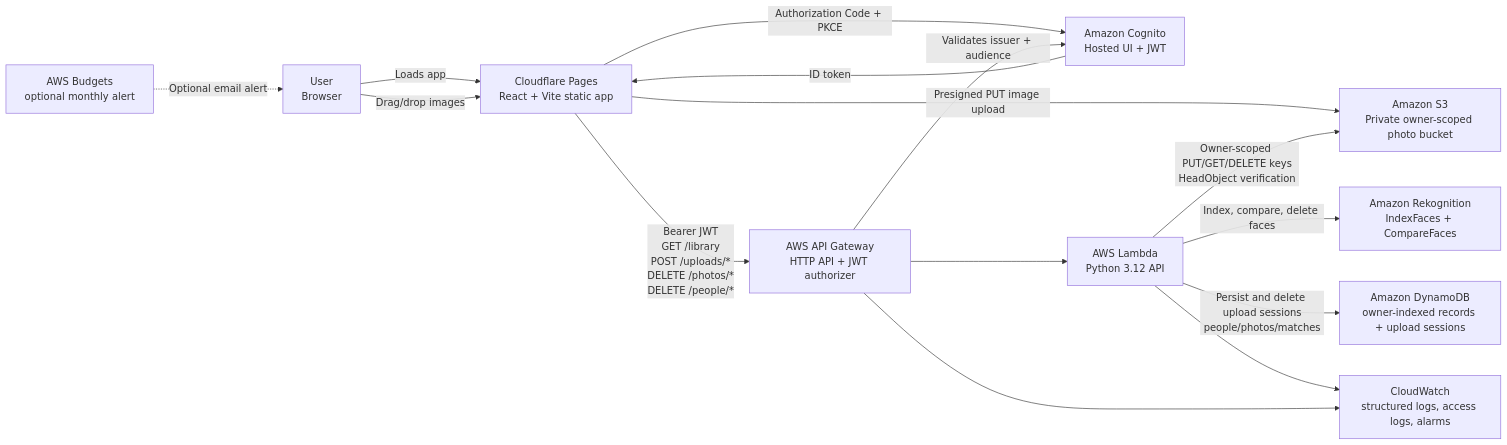
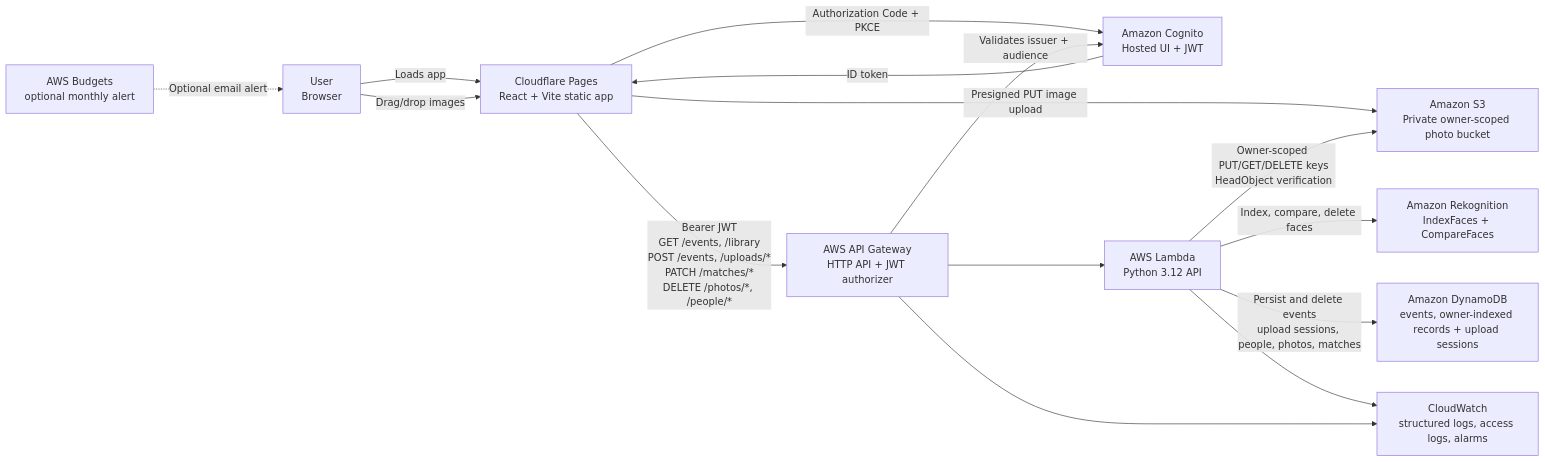
One commit to manynames3/faceid changed the diagram in docs/architecture.md. Above: the diagram before and after it, drawn with Mermaid. The commit also changed other lines of this file and 16 other files, not shown here.

````diff
--- a/docs/architecture.md
+++ b/docs/architecture.md
@@ -7,28 +7,28 @@
 ```mermaid
 flowchart LR
   user["User<br/>Browser"]
   pages["Cloudflare Pages<br/>React + Vite static app"]
   cognito["Amazon Cognito<br/>Hosted UI + JWT"]
   api["AWS API Gateway<br/>HTTP API + JWT authorizer"]
   lambda["AWS Lambda<br/>Python 3.12 API"]
   s3["Amazon S3<br/>Private owner-scoped photo bucket"]
   rekognition["Amazon Rekognition<br/>IndexFaces + CompareFaces"]
-  ddb["Amazon DynamoDB<br/>owner-indexed records + upload sessions"]
+  ddb["Amazon DynamoDB<br/>events, owner-indexed records + upload sessions"]
   logs["CloudWatch<br/>structured logs, access logs, alarms"]
   budget["AWS Budgets<br/>optional monthly alert"]
 
   user -->|"Loads app"| pages
   pages -->|"Authorization Code + PKCE"| cognito
   cognito -->|"ID token"| pages
   user -->|"Drag/drop images"| pages
-  pages -->|"Bearer JWT<br/>GET /library<br/>POST /uploads/*<br/>DELETE /photos/*<br/>DELETE /people/*"| api
+  pages -->|"Bearer JWT<br/>GET /events, /library<br/>POST /events, /uploads/*<br/>PATCH /matches/*<br/>DELETE /photos/*, /people/*"| api
   api --> lambda
   pages -->|"Presigned PUT image upload"| s3
   lambda -->|"Owner-scoped PUT/GET/DELETE keys<br/>HeadObject verification"| s3
   api -->|"Validates issuer + audience"| cognito
   lambda -->|"Index, compare, delete faces"| rekognition
-  lambda -->|"Persist and delete upload sessions<br/>people/photos/matches"| ddb
+  lambda -->|"Persist and delete events<br/>upload sessions, people, photos, matches"| ddb
   lambda --> logs
   api --> logs
   budget -.->|"Optional email alert"| user
 ```
````
